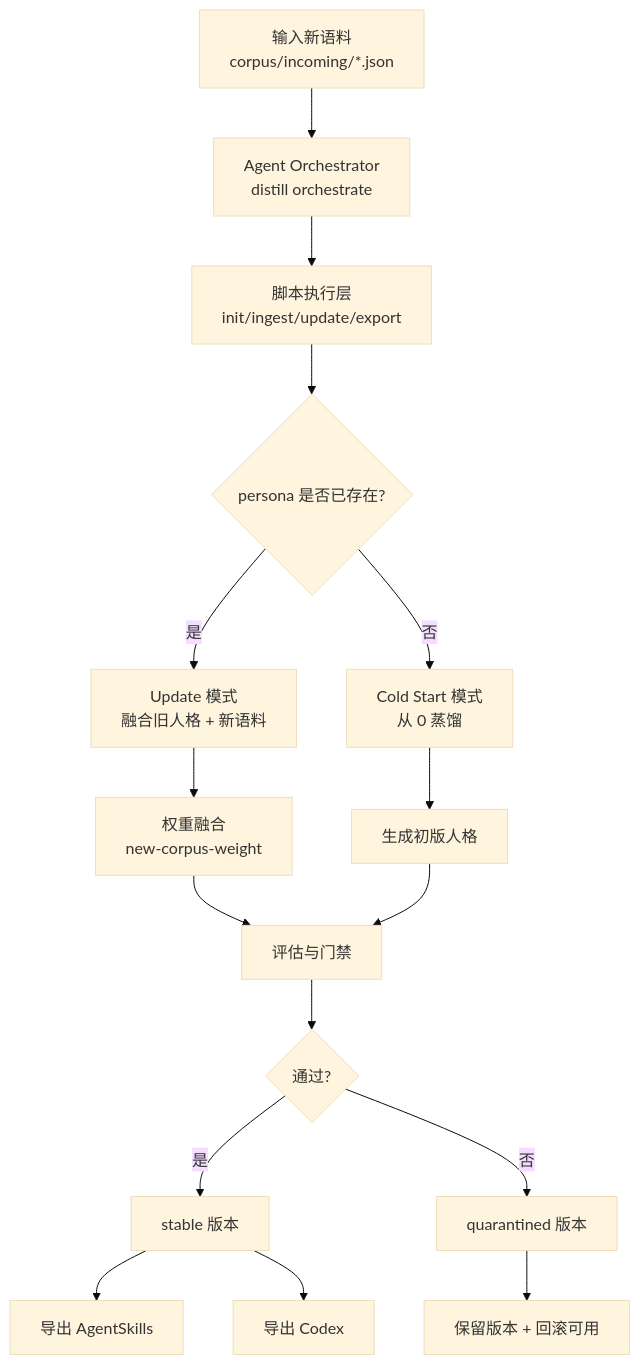
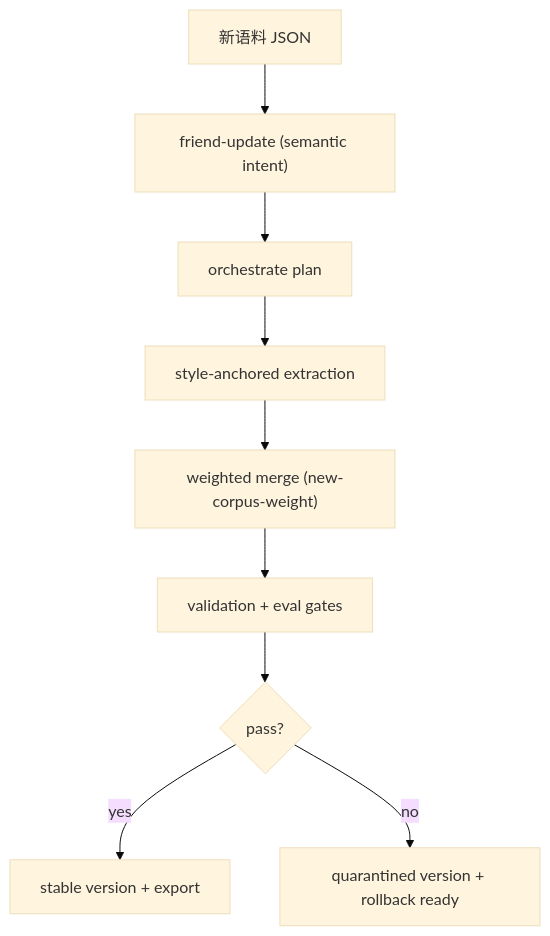
The diagram in README.md (Xuan-0929/transform-skill), drawn with Mermaid (base theme) before and after one commit. The commit also changed other lines of this file and 18 other files, not shown here.

Commit message:
feat: add friend-semantic workflow and multi-host product docs

````diff
--- a/README.md
+++ b/README.md
@@ -163,22 +175,11 @@
 ```mermaid
 flowchart TD
-    A[输入新语料\ncorpus/incoming/*.json] --> B[Agent Orchestrator\ndistill orchestrate]
-    B --> C[脚本执行层\ninit/ingest/update/export]
-    C --> D{persona 是否已存在?}
-    D -- 是 --> E[Update 模式\n融合旧人格 + 新语料]
-    D -- 否 --> F[Cold Start 模式\n从 0 蒸馏]
-
-    E --> G[权重融合\nnew-corpus-weight]
-    F --> H[生成初版人格]
-
-    G --> I[评估与门禁]
-    H --> I
-
-    I --> J{通过?}
-    J -- 是 --> K[stable 版本]
-    J -- 否 --> L[quarantined 版本]
-
-    K --> M[导出 AgentSkills]
-    K --> N[导出 Codex]
-    L --> O[保留版本 + 回滚可用]
+    A["新语料 JSON"] --> B["friend-update (semantic intent)"]
+    B --> C["orchestrate plan"]
+    C --> D["style-anchored extraction"]
+    D --> E["weighted merge (new-corpus-weight)"]
+    E --> F["validation + eval gates"]
+    F --> G{"pass?"}
+    G -- "yes" --> H["stable version + export"]
+    G -- "no" --> I["quarantined version + rollback ready"]
 ```
````
